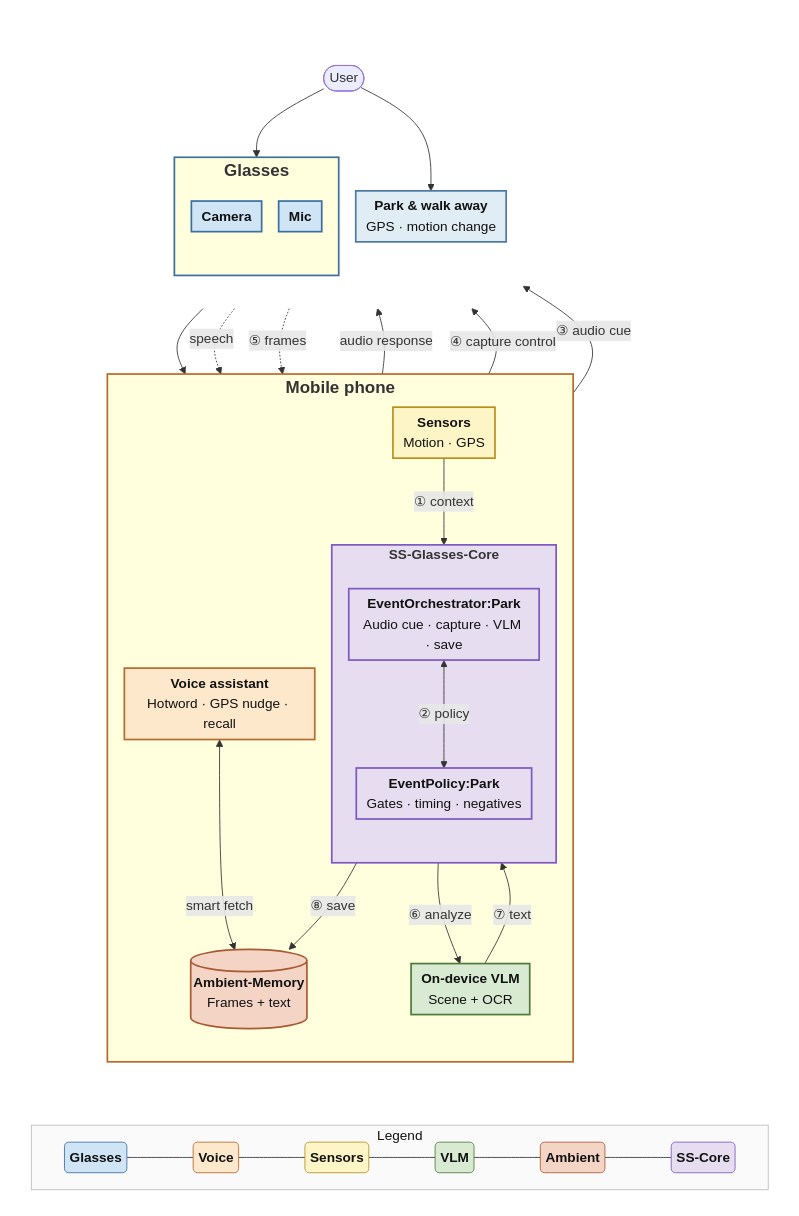
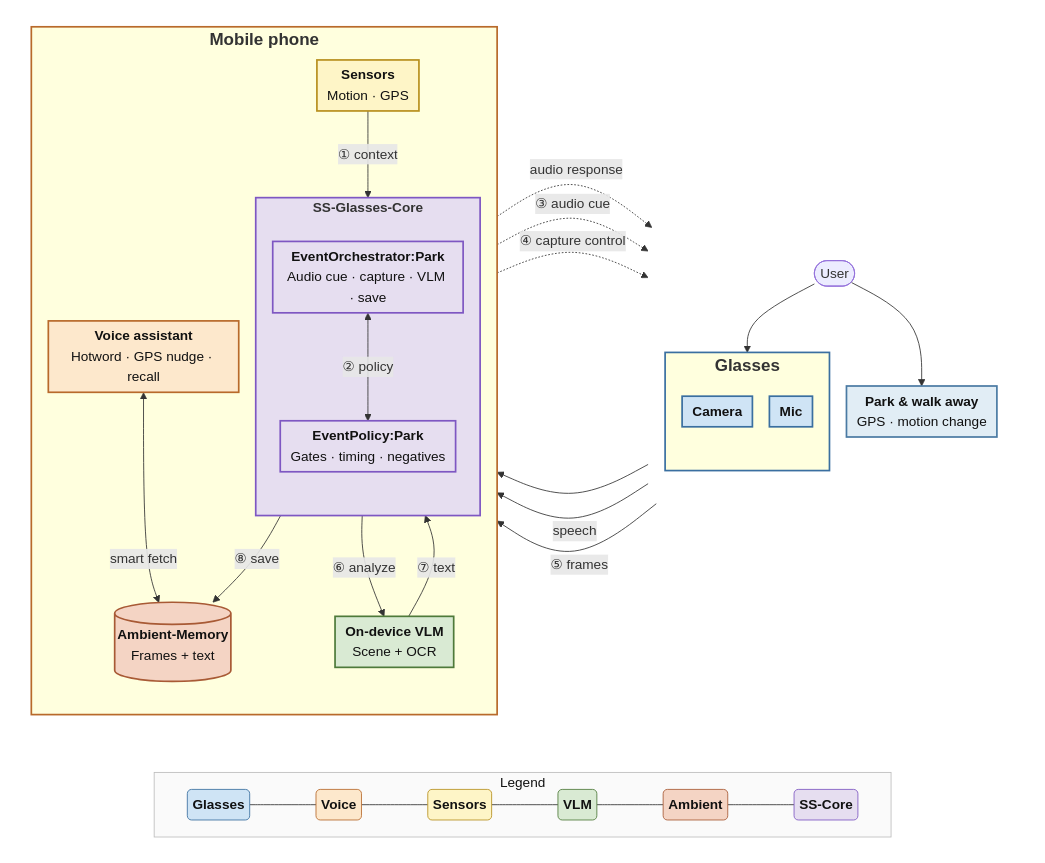
The diagram in tmp/idea2.md (penkesiva/wer-26), drawn with Mermaid before and after one commit.

Commit message:
docs(idea2): match idea1 LR layout — Glasses left, Mobile right

````diff
--- a/tmp/idea2.md
+++ b/tmp/idea2.md
@@ -3,12 +3,23 @@
 ```mermaid
 %% Idea 2 — Mark Car Parking Spot · mermaid.live
-%% Layout: Mobile (top) | Glasses (bottom) | Legend
+%% Layout: Glasses (left) | Mobile (right) | Legend (bottom) — same pattern as Idea 1
 %% <b>…</b> = bold title inside a box
 %%{init: {'flowchart': {'htmlLabels': true, 'padding': 6, 'nodeSpacing': 20, 'rankSpacing': 28}}}%%
 
 flowchart TB
     subgraph MainRow[" "]
-        direction TB
+        direction LR
+        subgraph GCol[" "]
+            direction TB
+            User([User])
+            ParkAction["<b>Park & walk away</b><br/>GPS · motion change"]
+            subgraph Glasses["<b><span style='font-size:20px'>Glasses</span></b>"]
+                direction TB
+                Cam["<b>Camera</b>"]
+                Mic["<b>Mic</b>"]
+            end
+        end
+
         subgraph Mobile["<b><span style='font-size:20px'>Mobile phone</span></b>"]
             direction TB
             VA["<b>Voice assistant</b><br/>Hotword · GPS nudge · recall"]
@@ -20,17 +31,6 @@
             end
             VLM["<b>On-device VLM</b><br/>Scene + OCR"]
             AMEM[("<b>Ambient-Memory</b><br/>Frames + text")]
-        end
-
-        subgraph GCol[" "]
-            direction TB
-            User([User])
-            ParkAction["<b>Park & walk away</b><br/>GPS · motion change"]
-            subgraph Glasses["<b><span style='font-size:20px'>Glasses</span></b>"]
-                direction TB
-                Cam["<b>Camera</b>"]
-                Mic["<b>Mic</b>"]
-            end
         end
     end
 
@@ -54,16 +54,16 @@
     ParkAction --> Sens
     Sens -->|"① context"| OrchCP
     OrchCP <-->|"② policy"| PolicyCP
-    OrchCP -->|"③ audio cue"| Glasses
-    OrchCP -->|"④ capture control"| Cam
-    Cam -.->|"⑤ frames"| OrchCP
+    OrchCP -.->|"③ audio cue"| Mic
+    OrchCP -.->|"④ capture control"| Cam
+    Cam -->|"⑤ frames"| OrchCP
     OrchCP -->|"⑥ analyze"| VLM
     VLM -->|"⑦ text"| OrchCP
     OrchCP -->|"⑧ save"| AMEM
 
     User --> Mic
-    Mic -. speech .-> VA
-    VA -->|audio response| Glasses
+    Mic -->|speech| VA
+    VA -.->|audio response| Mic
     VA <-->|smart fetch| AMEM
 
     classDef glasses fill:#cfe4f5,stroke:#3a6fa0,color:#111,stroke-width:2px
````
